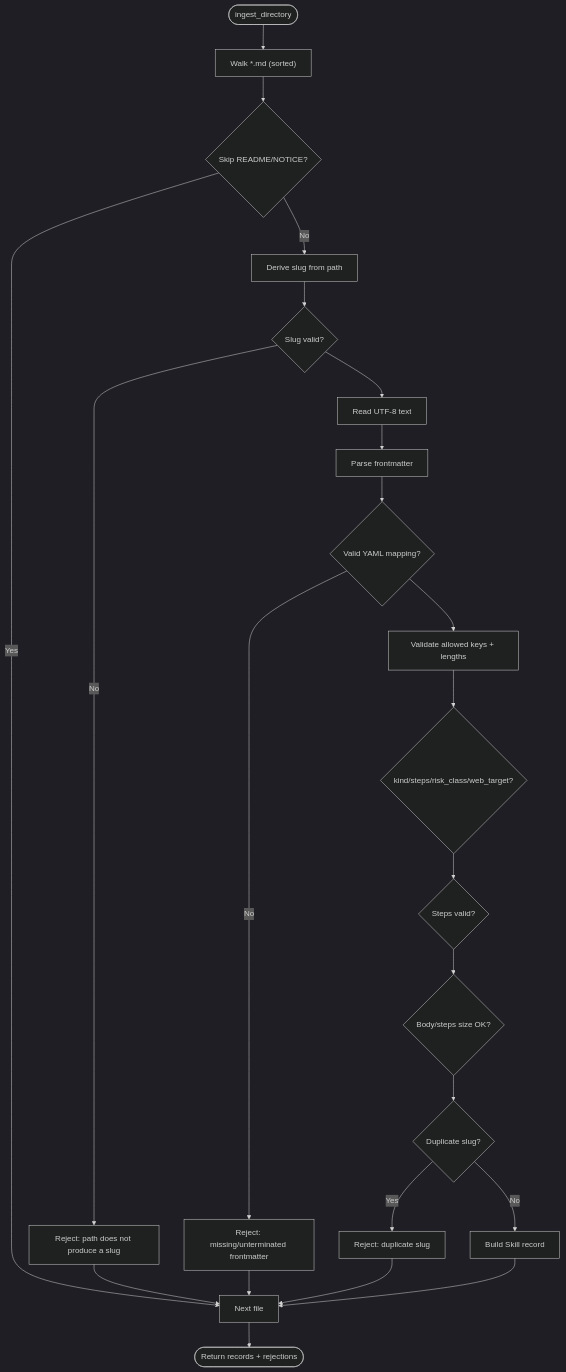
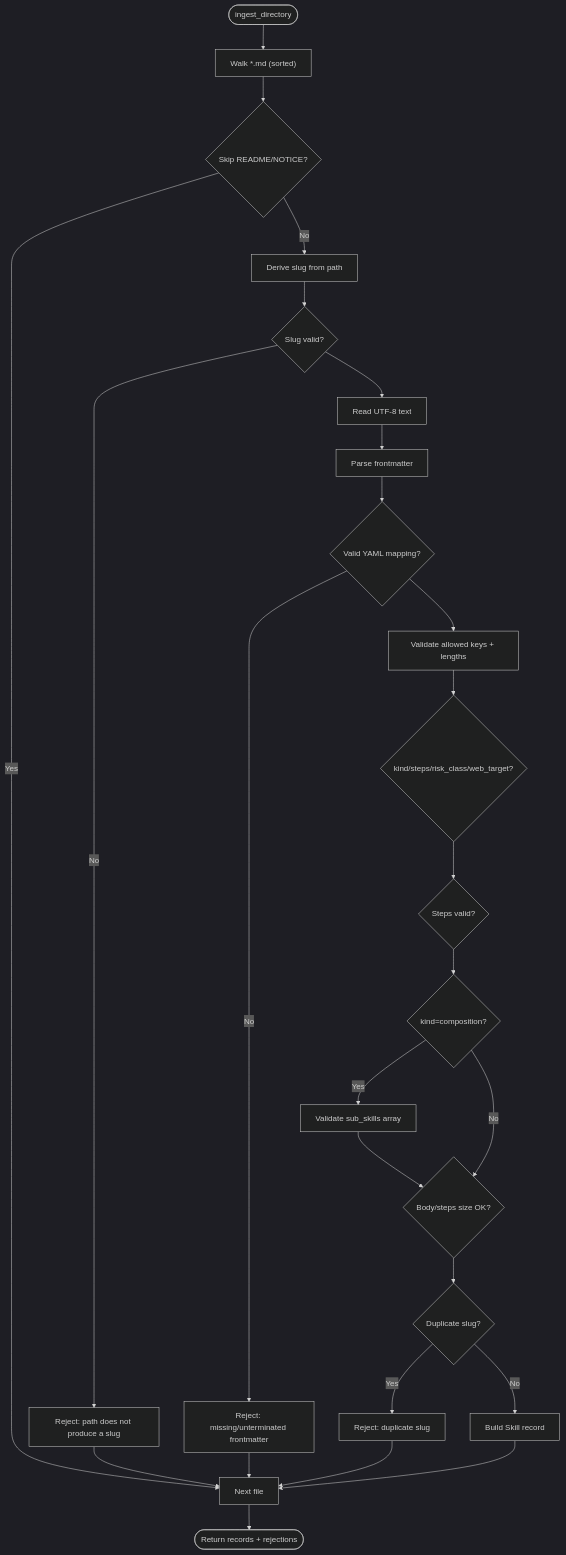
Before and after one commit to metasync/luban-aiops: the third of 6 diagrams in .qoder/repowiki/en/content/Core Services/Skills Hub/Skill Ingestion and Validation.md, drawn with Mermaid (dark theme). The commit also changed other lines of this file and 242 other files, not shown here.

````diff
--- a/.qoder/repowiki/en/content/Core Services/Skills Hub/Skill Ingestion and Validation.md
+++ b/.qoder/repowiki/en/content/Core Services/Skills Hub/Skill Ingestion and Validation.md
@@ -173,25 +191,28 @@
 ```mermaid
 flowchart TD
 Start(["ingest_directory"]) --> Walk["Walk *.md (sorted)"]
 Walk --> Skip{"Skip README/NOTICE?"}
 Skip --> |Yes| NextFile["Next file"]
 Skip --> |No| Slug["Derive slug from path"]
 Slug --> SlugOK{"Slug valid?"}
 SlugOK --> |No| RejectPath["Reject: path does not produce a slug"]
 SlugOK --> Read["Read UTF-8 text"]
 Read --> ParseFM["Parse frontmatter"]
 ParseFM --> FMOK{"Valid YAML mapping?"}
 FMOK --> |No| RejectFM["Reject: missing/unterminated frontmatter"]
 FMOK --> ValidateKeys["Validate allowed keys + lengths"]
 ValidateKeys --> FlowCheck{"kind/steps/risk_class/web_target?"}
 FlowCheck --> StepsOK{"Steps valid?"}
-StepsOK --> SizeOK{"Body/steps size OK?"}
+StepsOK --> CompCheck{"kind=composition?"}
+CompCheck --> |Yes| CompValidation["Validate sub_skills array"]
+CompCheck --> |No| SizeOK{"Body/steps size OK?"}
+CompValidation --> SizeOK
 SizeOK --> Dup{"Duplicate slug?"}
 Dup --> |Yes| RejectDup["Reject: duplicate slug"]
 Dup --> |No| BuildRecord["Build Skill record"]
 BuildRecord --> NextFile
 RejectPath --> NextFile
 RejectFM --> NextFile
 RejectDup --> NextFile
 NextFile --> End(["Return records + rejections"])
 ```
````
